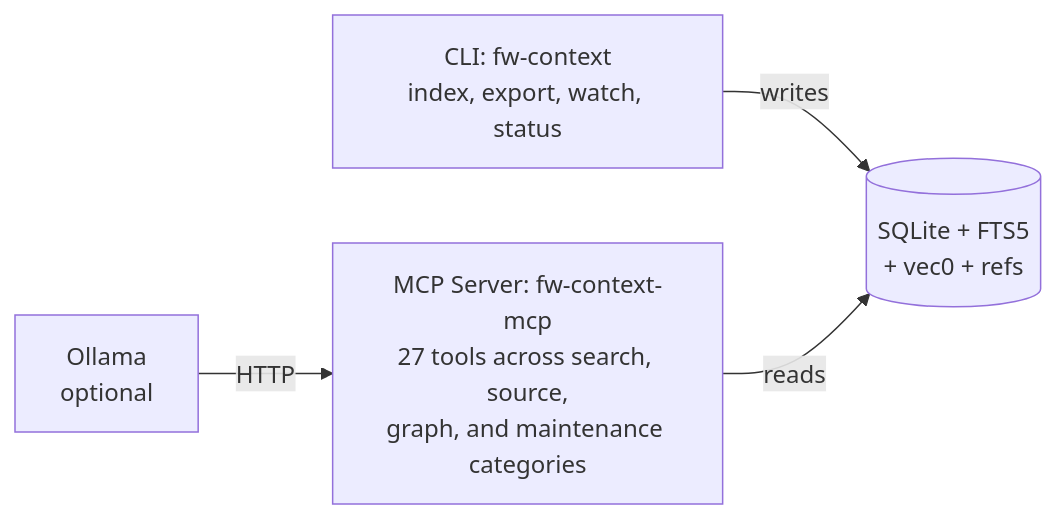
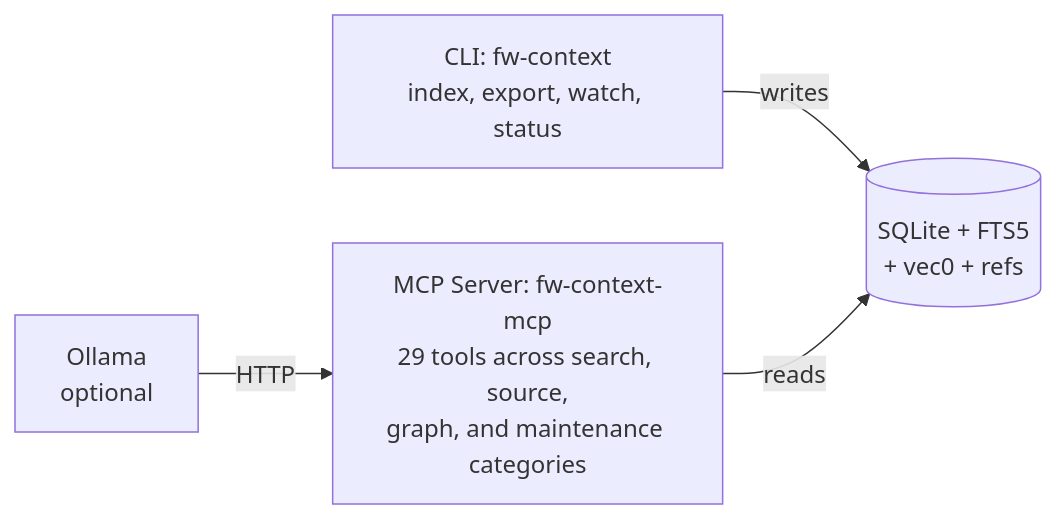
Before and after one commit to turbyho/fw-context-mcp: the second of 2 diagrams in docs/README.md, drawn with Mermaid. The commit also changed other lines of this file and 3 other files, not shown here.

````diff
--- a/docs/README.md
+++ b/docs/README.md
@@ -178,11 +178,11 @@
 ```mermaid
 graph LR
     cli[CLI: fw-context<br/>index, export, watch, status]
-    server[MCP Server: fw-context-mcp<br/>27 tools across search, source,<br/>graph, and maintenance categories]
+    server[MCP Server: fw-context-mcp<br/>29 tools across search, source,<br/>graph, and maintenance categories]
     ollama[Ollama<br/>optional]
     db[(SQLite + FTS5<br/>+ vec0 + refs)]
 
     cli -->|writes| db
     server -->|reads| db
     ollama -->|HTTP| server
 ```
````
